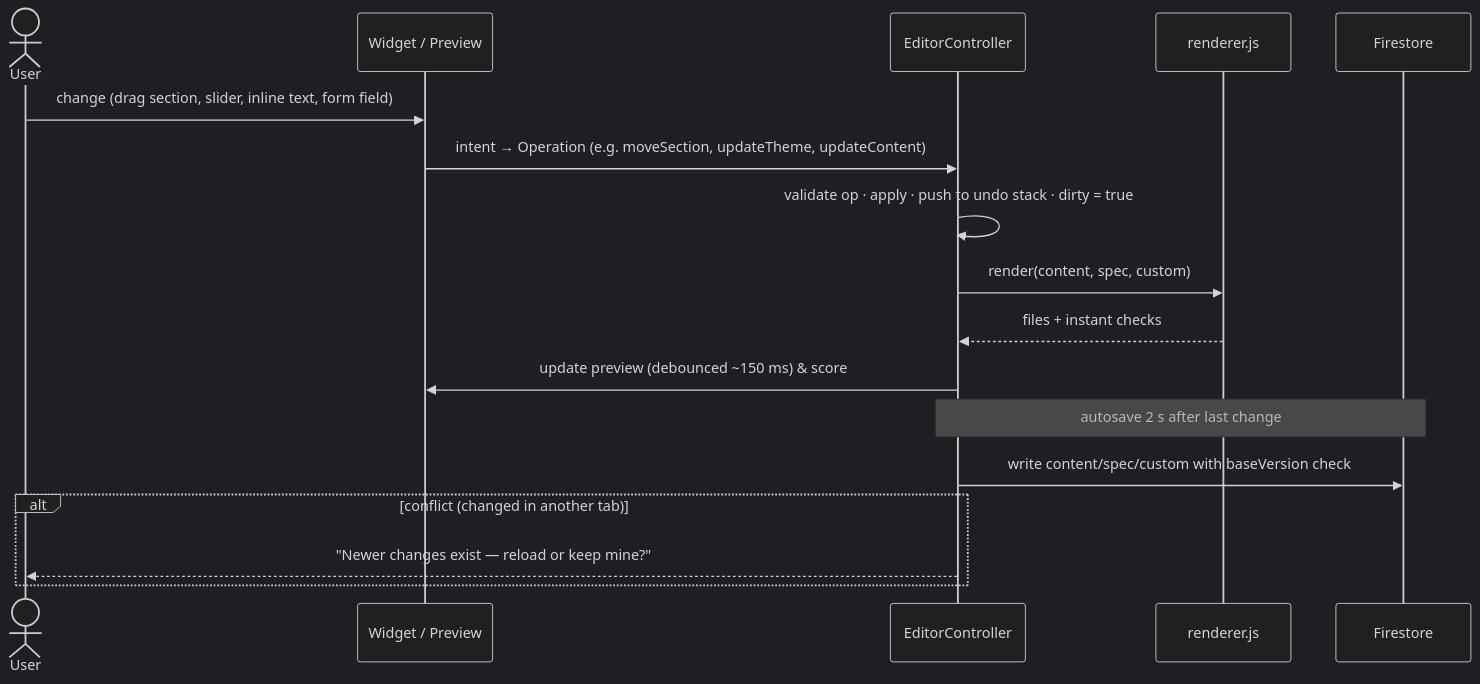
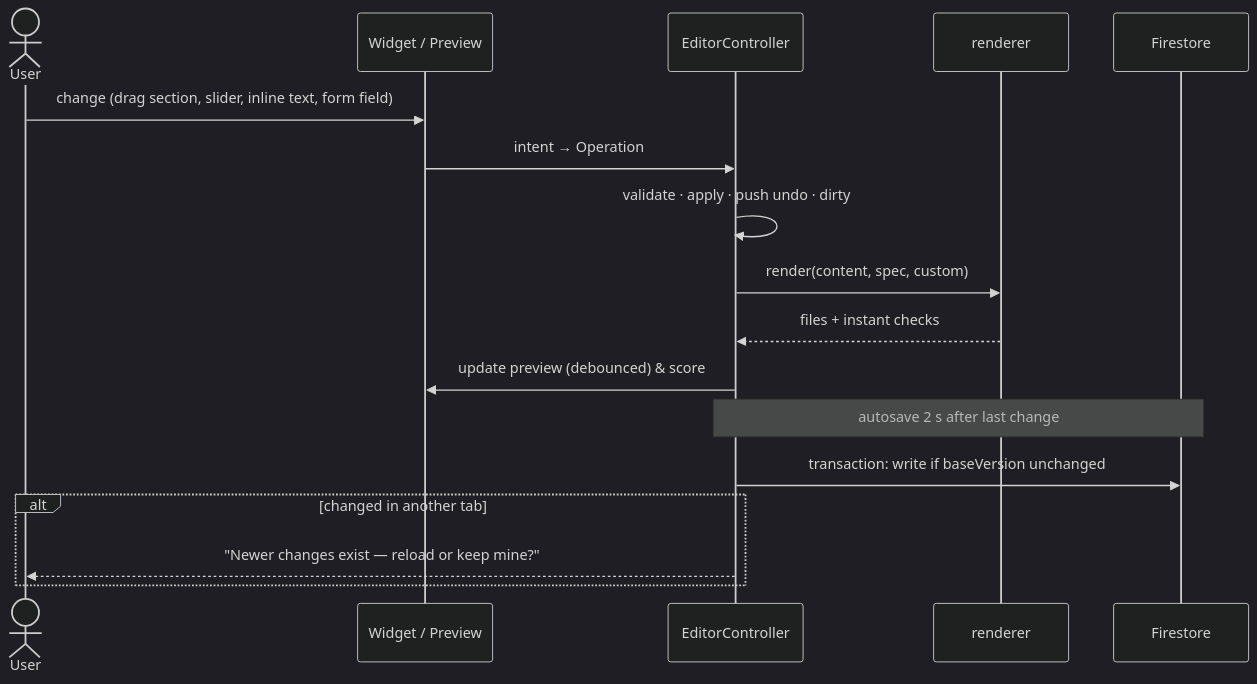
One commit to iamsanuponnulli-hue/PORTFOLIO-BUILDER changed the tenth of 17 diagrams in docs/ARCHITECTURE.md. Above: the diagram before and after it, drawn with Mermaid (dark theme). The commit also changed other lines of this file and 1 other file, not shown here.

````diff
--- a/docs/ARCHITECTURE.md
+++ b/docs/ARCHITECTURE.md
@@ -399,19 +436,19 @@
 ```mermaid
 sequenceDiagram
   actor U as User
   participant W as Widget / Preview
   participant EC as EditorController
-  participant R as renderer.js
+  participant R as renderer
   participant FS as Firestore
   U->>W: change (drag section, slider, inline text, form field)
-  W->>EC: intent → Operation (e.g. moveSection, updateTheme, updateContent)
-  EC->>EC: validate op · apply · push to undo stack · dirty = true
+  W->>EC: intent → Operation
+  EC->>EC: validate · apply · push undo · dirty
   EC->>R: render(content, spec, custom)
   R-->>EC: files + instant checks
-  EC->>W: update preview (debounced ~150 ms) & score
+  EC->>W: update preview (debounced) & score
   Note over EC,FS: autosave 2 s after last change
-  EC->>FS: write content/spec/custom with baseVersion check
-  alt conflict (changed in another tab)
+  EC->>FS: transaction: write if baseVersion unchanged
+  alt changed in another tab
     EC-->>U: "Newer changes exist — reload or keep mine?"
   end
 ```
````
